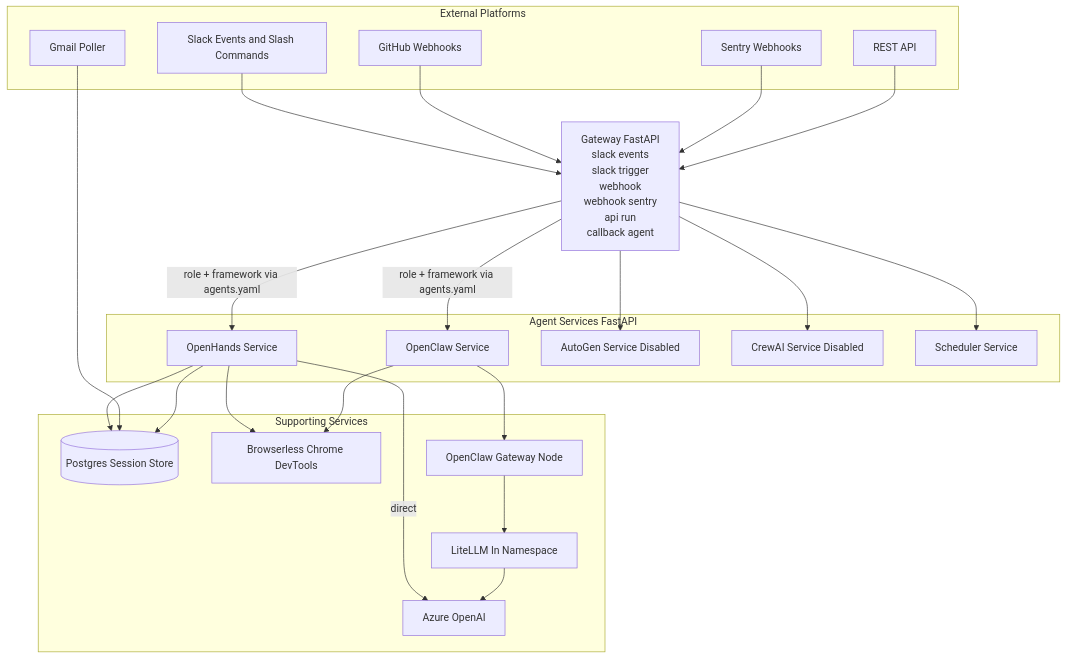
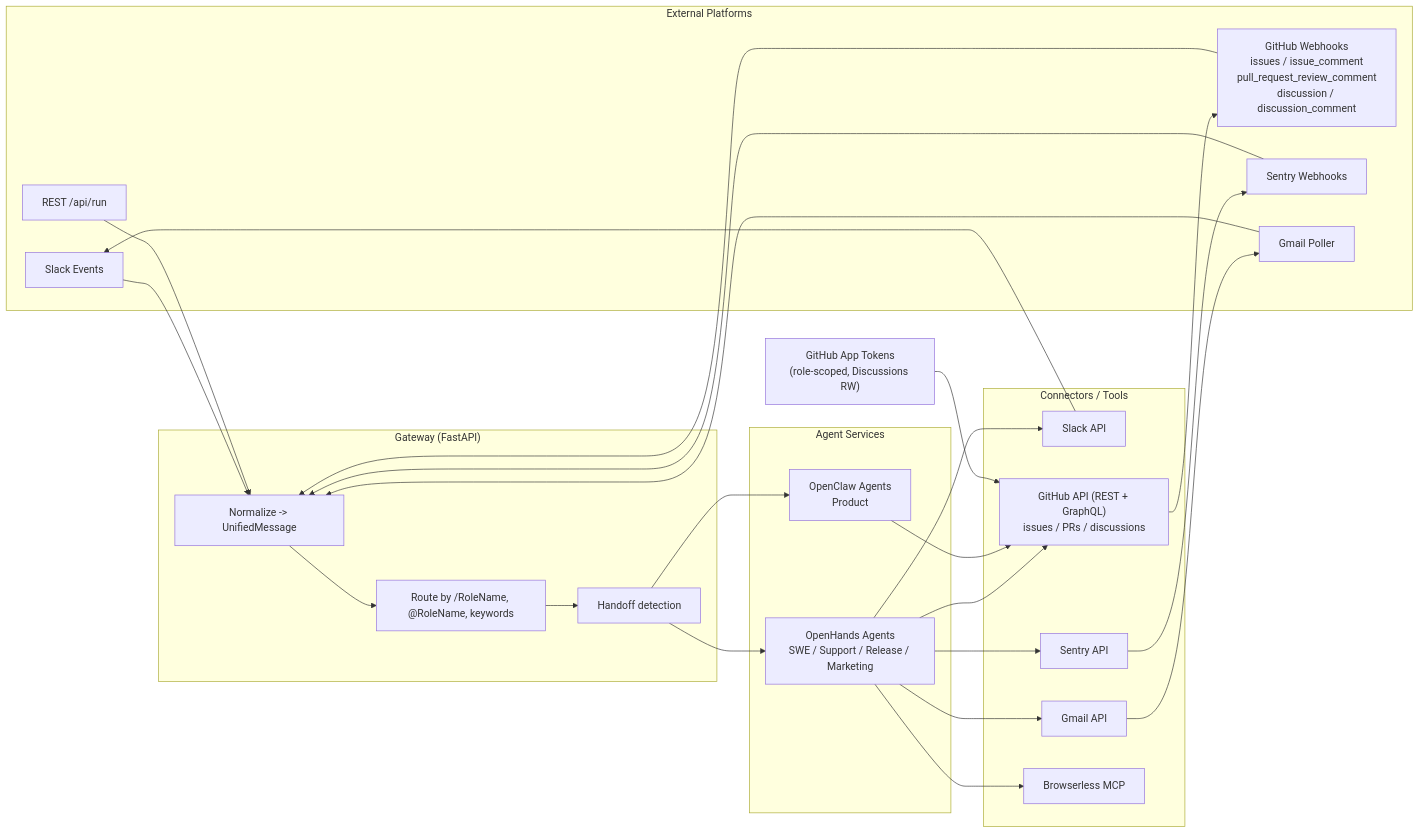
The diagram in docs/system-diagram.mmd (VibeTechnologies/VibeTeam), drawn with Mermaid before and after one commit. The commit also changed 5 other files, not shown here.

```diff
--- a/docs/system-diagram.mmd
+++ b/docs/system-diagram.mmd
@@ -1,53 +1,52 @@
-flowchart TB
-  %% External sources
-  subgraph external_platforms["External Platforms"]
-    Slack[Slack Events and Slash Commands]
-    GitHub[GitHub Webhooks]
-    Sentry[Sentry Webhooks]
-    Gmail[Gmail Poller]
-    REST[REST API]
+flowchart LR
+  subgraph External_Platforms["External Platforms"]
+    Slack["Slack Events"]
+    GitHub["GitHub Webhooks\nissues / issue_comment\npull_request_review_comment\ndiscussion / discussion_comment"]
+    Sentry["Sentry Webhooks"]
+    Gmail["Gmail Poller"]
+    REST["REST /api/run"]
   end
 
-  %% Gateway
-  Gateway[Gateway FastAPI\nslack events\nslack trigger\nwebhook\nwebhook sentry\napi run\ncallback agent]
-
-  %% Agent services
-  subgraph agent_services["Agent Services FastAPI"]
-    OpenHands[OpenHands Service]
-    OpenClaw[OpenClaw Service]
-    AutoGen[AutoGen Service Disabled]
-    CrewAI[CrewAI Service Disabled]
-    Scheduler[Scheduler Service]
+  subgraph Gateway["Gateway (FastAPI)"]
+    Normalize["Normalize -> UnifiedMessage"]
+    Route["Route by /RoleName, @RoleName, keywords"]
+    Handoff["Handoff detection"]
   end
 
-  %% Supporting services
-  subgraph supporting_services["Supporting Services"]
-    LiteLLM[LiteLLM In Namespace]
-    Azure[Azure OpenAI]
-    Postgres[(Postgres Session Store)]
-    Browserless[Browserless Chrome DevTools]
-    OpenClawGW[OpenClaw Gateway Node]
+  Slack --> Normalize
+  GitHub --> Normalize
+  Sentry --> Normalize
+  Gmail --> Normalize
+  REST --> Normalize
+
+  Normalize --> Route --> Handoff
+
+  subgraph Agents["Agent Services"]
+    OpenHands["OpenHands Agents\nSWE / Support / Release / Marketing"]
+    OpenClaw["OpenClaw Agents\nProduct"]
   end
 
-  Slack --> Gateway
-  GitHub --> Gateway
-  Sentry --> Gateway
-  REST --> Gateway
+  Handoff --> OpenHands
+  Handoff --> OpenClaw
 
-  Gateway -->|role + framework via agents.yaml| OpenHands
-  Gateway -->|role + framework via agents.yaml| OpenClaw
-  Gateway --> AutoGen
-  Gateway --> CrewAI
-  Gateway --> Scheduler
+  subgraph Tooling["Connectors / Tools"]
+    SlackAPI["Slack API"]
+    GitHubAPI["GitHub API (REST + GraphQL)\nissues / PRs / discussions"]
+    SentryAPI["Sentry API"]
+    GmailAPI["Gmail API"]
+    Browserless["Browserless MCP"]
+  end
 
-  OpenHands -->|direct| Azure
-  OpenHands --> Postgres
+  OpenHands --> SlackAPI
+  OpenHands --> GitHubAPI
+  OpenHands --> SentryAPI
+  OpenHands --> GmailAPI
   OpenHands --> Browserless
+  OpenClaw --> GitHubAPI
 
-  OpenClaw --> OpenClawGW
-  OpenClawGW --> LiteLLM
-  LiteLLM --> Azure
-  OpenClaw --> Browserless
+  SlackAPI --> Slack
+  GitHubAPI --> GitHub
+  SentryAPI --> Sentry
+  GmailAPI --> Gmail
 
-  Gmail --> Postgres
-  OpenHands --> Postgres
+  AppAuth["GitHub App Tokens\n(role-scoped, Discussions RW)"] --> GitHubAPI
```
